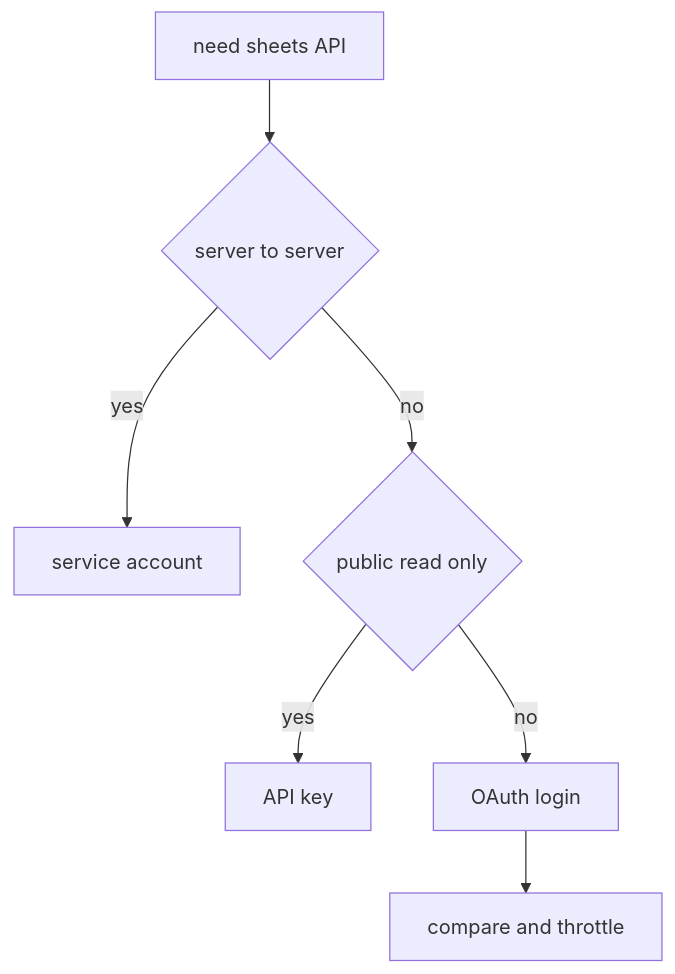
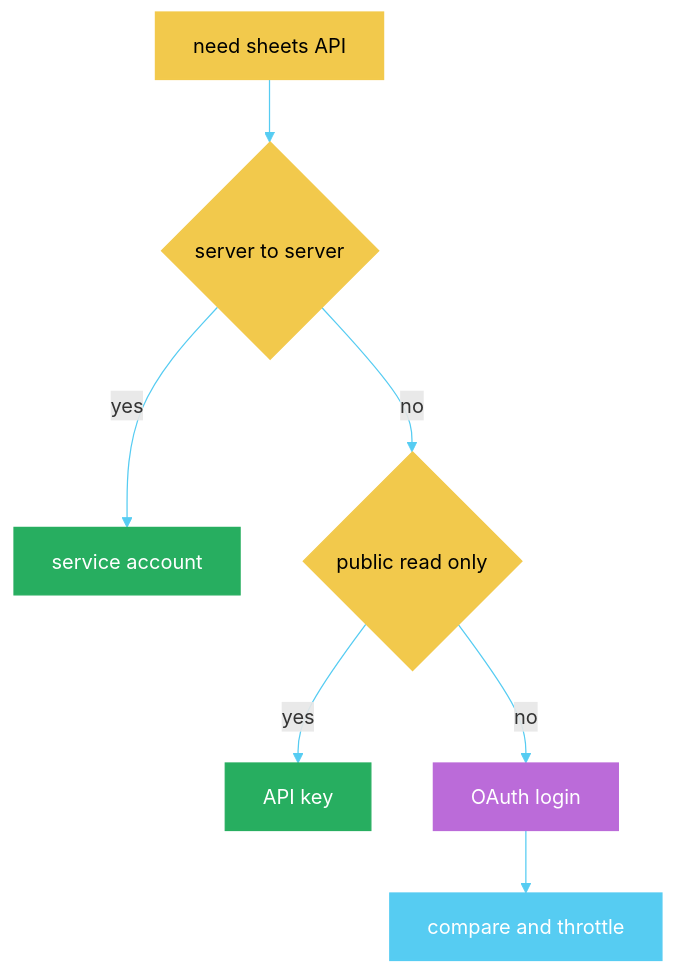
Before and after one commit to 444Nazky/My-Vault: the ninth of 13 diagrams in Graphs/Dev-Tasks-Diagrams.md, drawn with Mermaid. The commit also changed other lines of this file and 15 other files, not shown here.

````diff
--- a/Graphs/Dev-Tasks-Diagrams.md
+++ b/Graphs/Dev-Tasks-Diagrams.md
@@ -104,9 +148,17 @@
 ```mermaid
+%%{init: {'theme': 'default', 'themeVariables': { 'primaryColor': '#56CCF2', 'lineColor': '#56CCF2'}}}%%
 flowchart TD
  A["need sheets API"] --> B{"server to server"}
  B -->|"yes"| C["service account"]
  B -->|"no"| D{"public read only"}
  D -->|"yes"| E["API key"]
  D -->|"no"| F["OAuth login"]
  F --> G["compare and throttle"]
+ style A fill:#F2C94C,stroke:#F2C94C,color:#000
+ style B fill:#F2C94C,stroke:#F2C94C,color:#000
+ style D fill:#F2C94C,stroke:#F2C94C,color:#000
+ style C fill:#27AE60,stroke:#27AE60,color:#fff
+ style E fill:#27AE60,stroke:#27AE60,color:#fff
+ style F fill:#BB6BD9,stroke:#BB6BD9,color:#fff
+ style G fill:#56CCF2,stroke:#56CCF2,color:#fff
 ```
````
